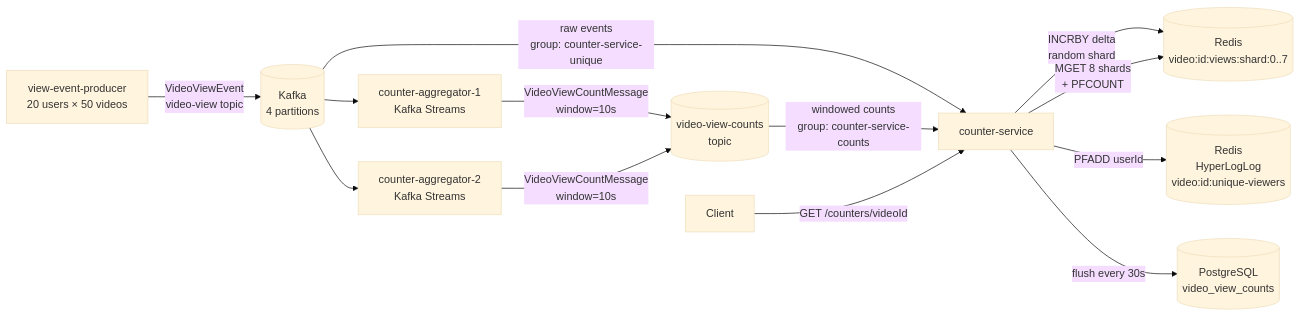
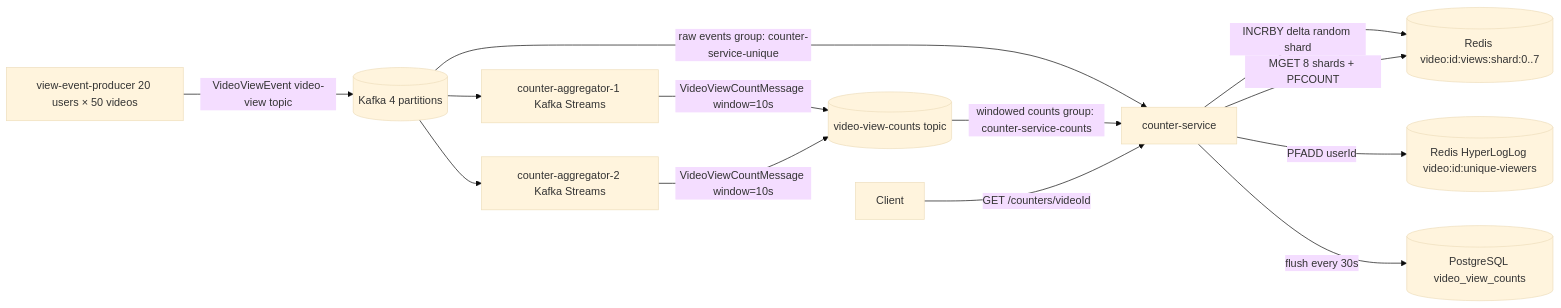
Before and after one commit to AndrewVerenich/distributed-backend-platform: the diagram in high-load-counter/README.md, drawn with Mermaid (base theme).

Commit message:
high load counter: readme

````diff
--- a/high-load-counter/README.md
+++ b/high-load-counter/README.md
@@ -17,20 +17,20 @@
 ```mermaid
 flowchart LR
-    P[view-event-producer\n20 users × 50 videos] -->|VideoViewEvent\nvideo-view topic| K[(Kafka\n4 partitions)]
+    P[view-event-producer 20 users × 50 videos] -->|VideoViewEvent video-view topic| K[(Kafka 4 partitions)]
 
-    K --> A1[counter-aggregator-1\nKafka Streams]
-    K --> A2[counter-aggregator-2\nKafka Streams]
+    K --> A1[counter-aggregator-1 Kafka Streams]
+    K --> A2[counter-aggregator-2 Kafka Streams]
 
-    A1 -->|VideoViewCountMessage\nwindow=10s| C[(video-view-counts\ntopic)]
-    A2 -->|VideoViewCountMessage\nwindow=10s| C
+    A1 -->|VideoViewCountMessage window=10s| C[(video-view-counts topic)]
+    A2 -->|VideoViewCountMessage window=10s| C
 
-    K -->|raw events\ngroup: counter-service-unique| S[counter-service]
-    C -->|windowed counts\ngroup: counter-service-counts| S
+    K -->|raw events group: counter-service-unique| S[counter-service]
+    C -->|windowed counts group: counter-service-counts| S
 
-    S -->|INCRBY delta\nrandom shard| R[(Redis\nvideo:id:views:shard:0..7)]
-    S -->|PFADD userId| H[(Redis\nHyperLogLog\nvideo:id:unique-viewers)]
-    S -->|flush every 30s| DB[(PostgreSQL\nvideo_view_counts)]
+    S -->|INCRBY delta random shard| R[(Redis video:id:views:shard:0..7)]
+    S -->|PFADD userId| H[(Redis HyperLogLog video:id:unique-viewers)]
+    S -->|flush every 30s| DB[(PostgreSQL video_view_counts)]
 
     Client -->|GET /counters/videoId| S
-    S -->|MGET 8 shards\n+ PFCOUNT| R
+    S -->|MGET 8 shards + PFCOUNT| R
 ```
````
